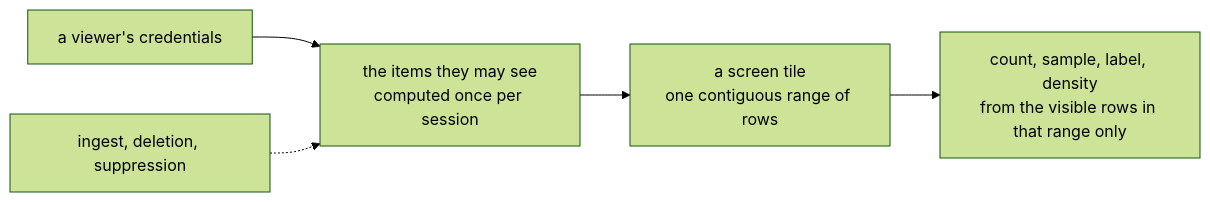
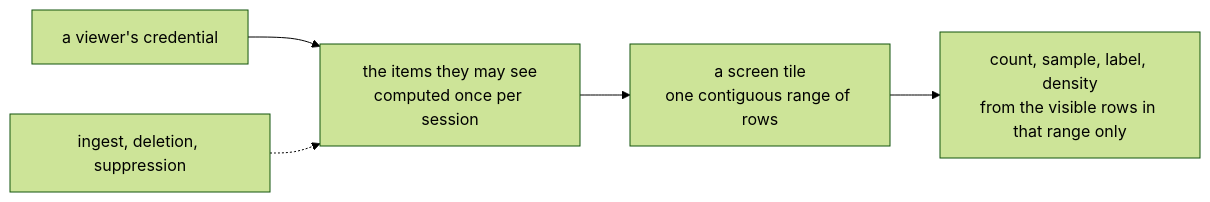
One commit to jennis0/tesseradb changed the diagram in docs/system/overview.md. Above: the diagram before and after it, drawn with Mermaid (forest theme). The commit also changed other lines of this file, not shown here.

````diff
--- a/docs/system/overview.md
+++ b/docs/system/overview.md
@@ -140,7 +70,7 @@
 ```mermaid
 flowchart LR
-  cred["a viewer's credentials"] --> vis["the items they may see<br/>computed once per session"]
+  cred["a viewer's credential"] --> vis["the items they may see<br/>computed once per session"]
   vis --> tile["a screen tile<br/>one contiguous range of rows"]
   tile --> out["count, sample, label, density<br/>from the visible rows in that range only"]
   ingest["ingest, deletion, suppression"] -.-> vis
 ```
````
